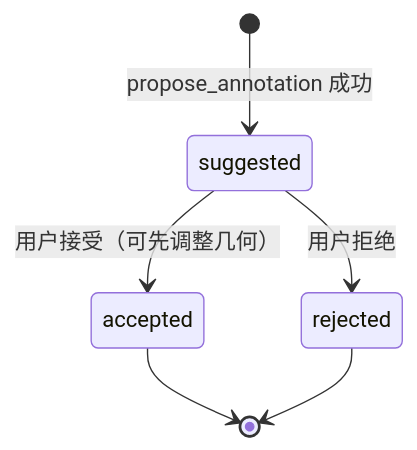
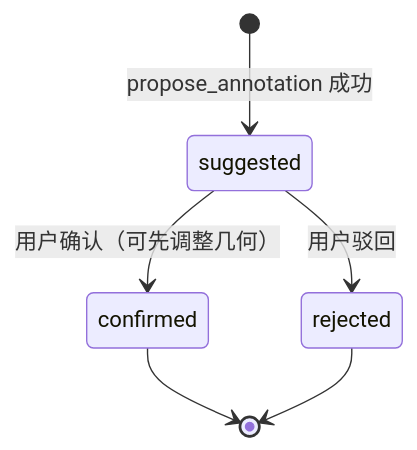
Before and after one commit to zhentai-sn/open-glaux: the second of 2 diagrams in docs/sdd/feats/02-agent-image-annotation/README.md, drawn with Mermaid. The commit also changed other lines of this file and 1 other file, not shown here.

````diff
--- a/docs/sdd/feats/02-agent-image-annotation/README.md
+++ b/docs/sdd/feats/02-agent-image-annotation/README.md
@@ -208,8 +282,8 @@
 ```mermaid
 stateDiagram-v2
     [*] --> suggested: propose_annotation 成功
-    suggested --> accepted: 用户接受（可先调整几何）
-    suggested --> rejected: 用户拒绝
-    accepted --> [*]
+    suggested --> confirmed: 用户确认（可先调整几何）
+    suggested --> rejected: 用户驳回
+    confirmed --> [*]
     rejected --> [*]
 ```
````
